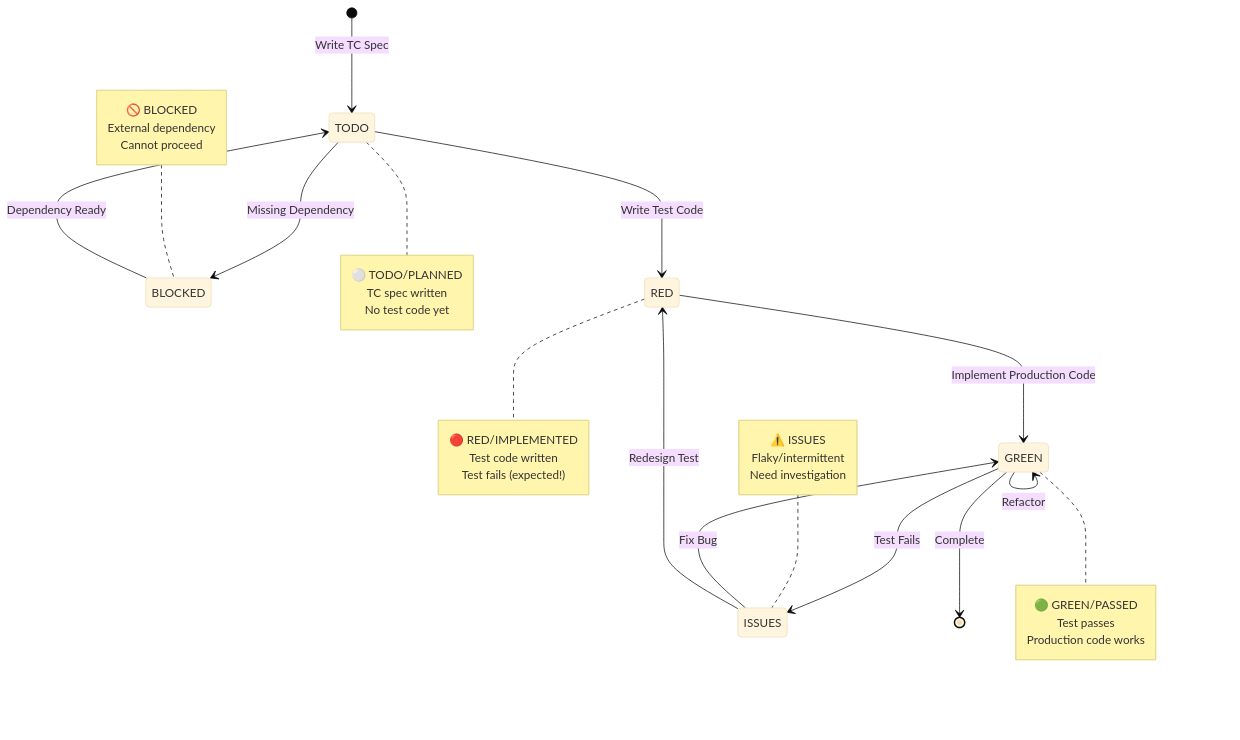
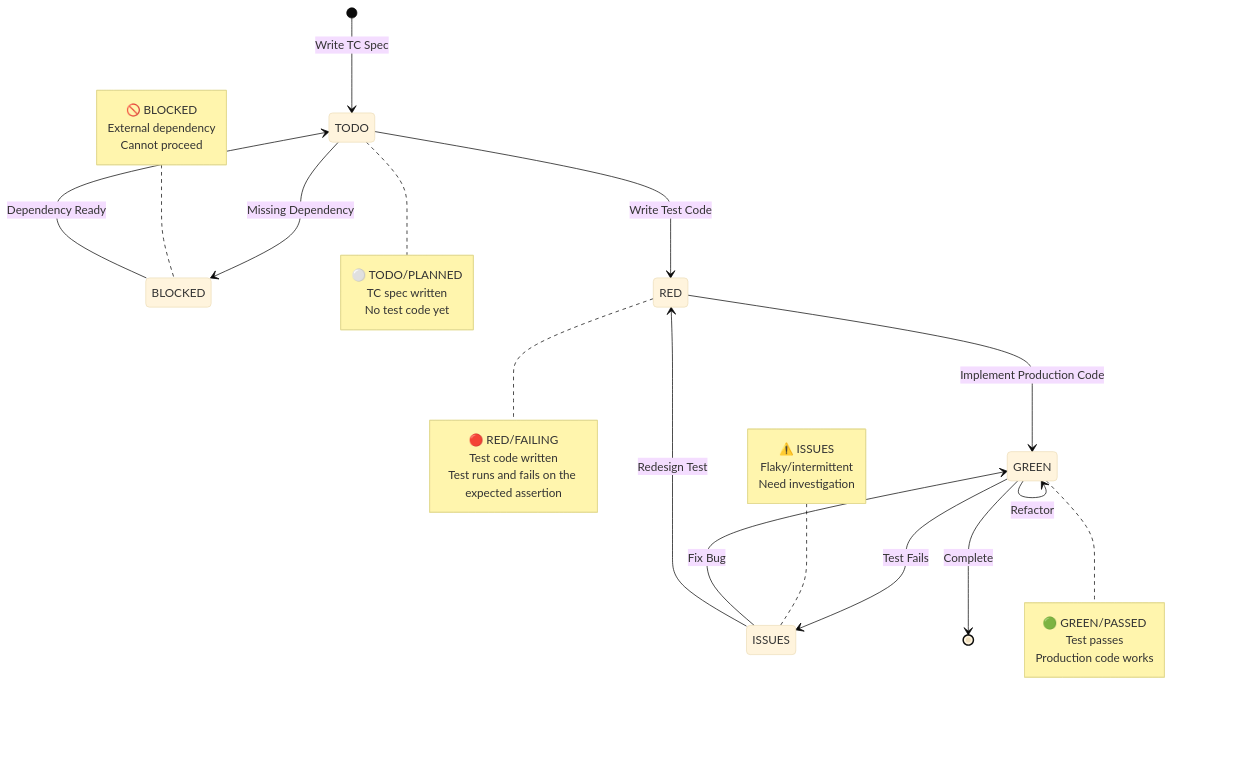
One commit to EnigmaWU/MyCaTDD changed the fourth of 4 diagrams in README_UserGuide.md. Above: the diagram before and after it, drawn with Mermaid (base theme). The commit also changed other lines of this file and 33 other files, not shown here.

````diff
--- a/README_UserGuide.md
+++ b/README_UserGuide.md
@@ -676,43 +676,43 @@
 ```mermaid
 stateDiagram-v2
     [*] --> TODO: Write TC Spec
     TODO --> BLOCKED: Missing Dependency
     TODO --> RED: Write Test Code
     RED --> GREEN: Implement Production Code
     GREEN --> GREEN: Refactor
     GREEN --> ISSUES: Test Fails
     ISSUES --> GREEN: Fix Bug
     ISSUES --> RED: Redesign Test
     BLOCKED --> TODO: Dependency Ready
     GREEN --> [*]: Complete
     
     note right of TODO
         ⚪ TODO/PLANNED
         TC spec written
         No test code yet
     end note
     
     note right of RED
-        🔴 RED/IMPLEMENTED
+        🔴 RED/FAILING
         Test code written
-        Test fails (expected!)
+        Test runs and fails on the expected assertion
     end note
     
     note right of GREEN
         🟢 GREEN/PASSED
         Test passes
         Production code works
     end note
     
     note left of ISSUES
         ⚠️ ISSUES
         Flaky/intermittent
         Need investigation
     end note
     
     note left of BLOCKED
         🚫 BLOCKED
         External dependency
         Cannot proceed
     end note
 ```
````
